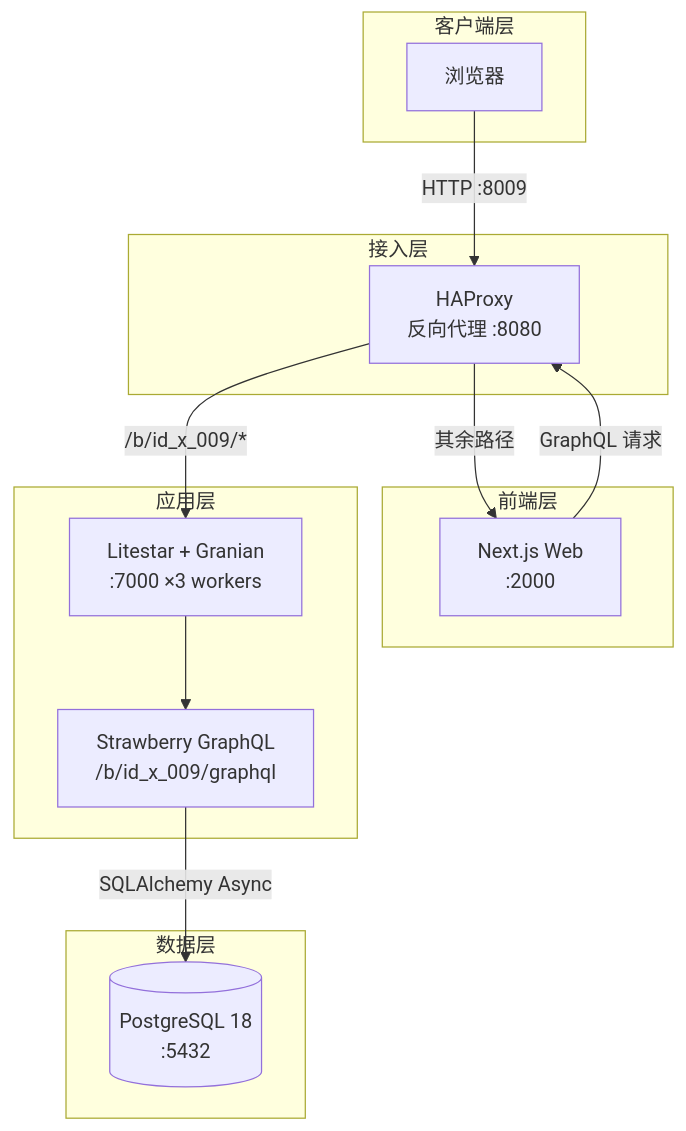
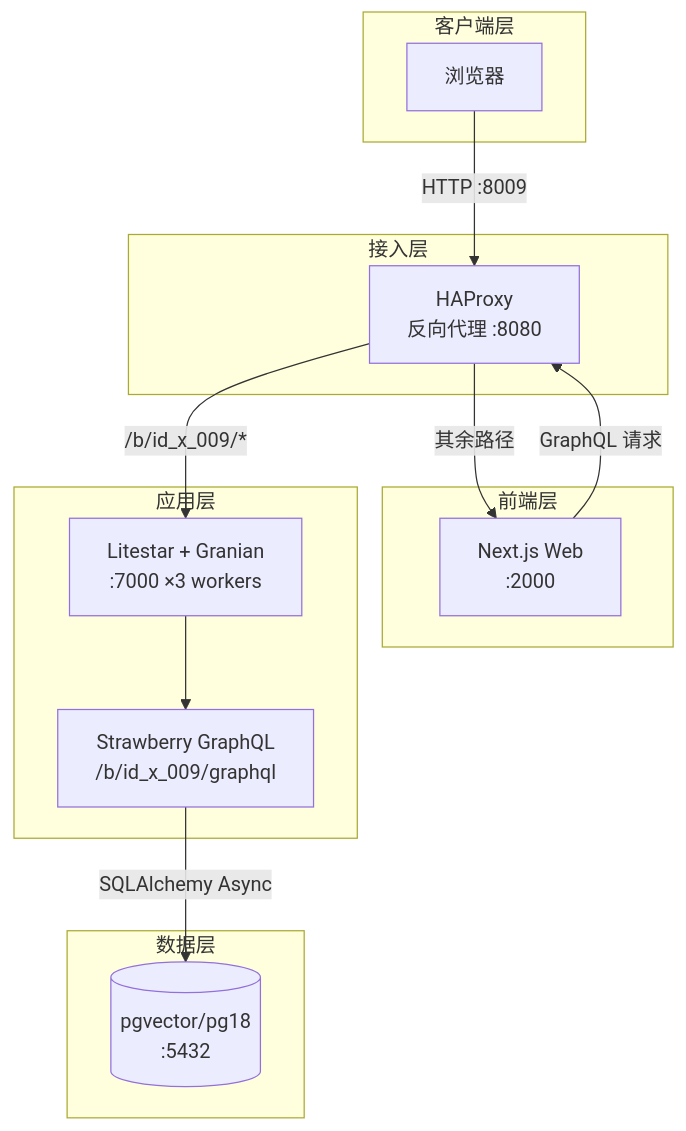
Before and after one commit to i-TorchLabs/id_x_009: the first of 2 diagrams in README.md, drawn with Mermaid. The commit also changed other lines of this file and 37 other files, not shown here.

````diff
--- a/README.md
+++ b/README.md
@@ -64,30 +64,30 @@
 ```mermaid
 graph TB
     subgraph 客户端层
         Browser[浏览器]
     end
 
     subgraph 接入层
         HAProxy[HAProxy<br>反向代理 :8080]
     end
 
     subgraph 前端层
         NextJS[Next.js Web<br>:2000]
     end
 
     subgraph 应用层
         Litestar[Litestar + Granian<br>:7000 ×3 workers]
         GraphQL[Strawberry GraphQL<br>/b/id_x_009/graphql]
     end
 
     subgraph 数据层
-        PostgreSQL[(PostgreSQL 18<br>:5432)]
+        PostgreSQL[(pgvector/pg18<br>:5432)]
     end
 
     Browser -->|HTTP :8009| HAProxy
     HAProxy -->|/b/id_x_009/*| Litestar
     HAProxy -->|其余路径| NextJS
     Litestar --> GraphQL
     GraphQL -->|SQLAlchemy Async| PostgreSQL
     NextJS -->|GraphQL 请求| HAProxy
 ```
````
